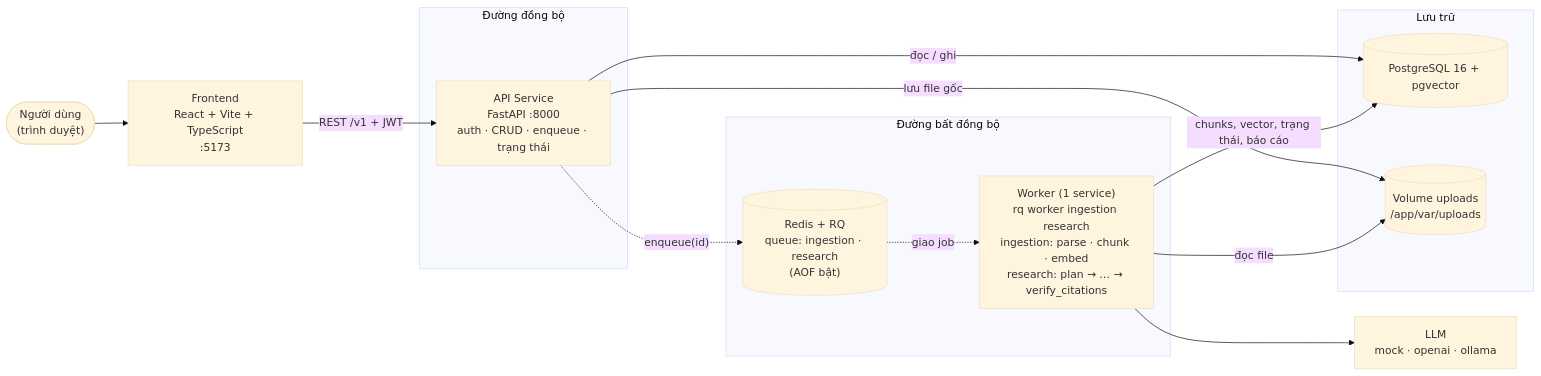
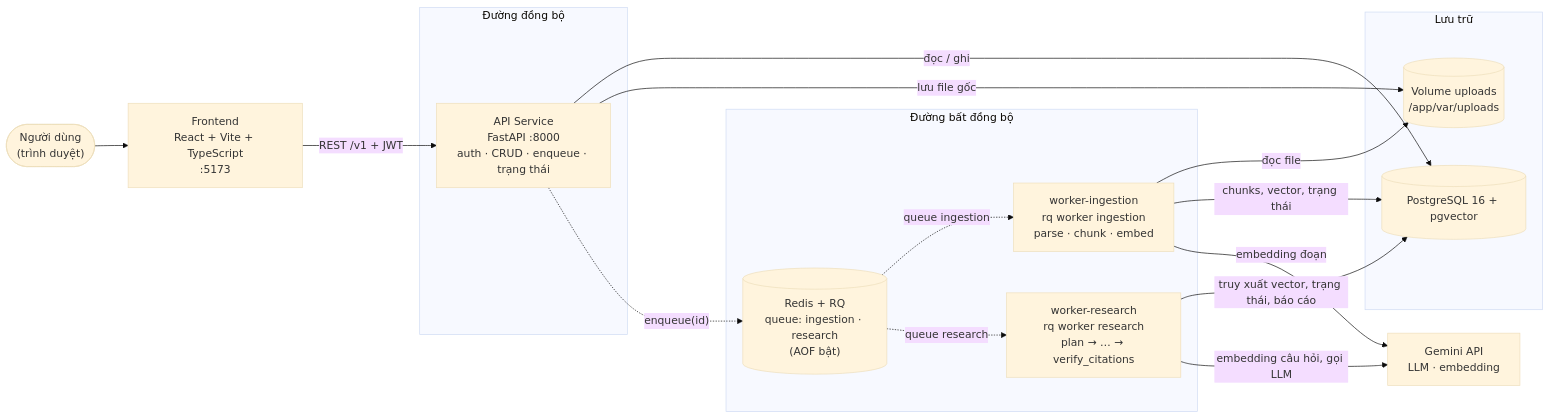
The first of 3 diagrams in enterprise-research-agent/docs/DESIGN.md (mliotlab/task_grp_intern261), drawn with Mermaid (base theme) before and after one commit. The commit also changed other lines of this file and 1 other file, not shown here.

Commit message:
docs(era): ERA-7 update system architecture and database ERD

````diff
--- a/enterprise-research-agent/docs/DESIGN.md
+++ b/enterprise-research-agent/docs/DESIGN.md
@@ -27,31 +27,35 @@
 ```mermaid
 flowchart LR
     user(["Người dùng<br/>(trình duyệt)"])
     fe["Frontend<br/>React + Vite + TypeScript<br/>:5173"]
 
     subgraph sync["Đường đồng bộ"]
         api["API Service<br/>FastAPI :8000<br/>auth · CRUD · enqueue · trạng thái"]
     end
 
     subgraph async["Đường bất đồng bộ"]
         q[("Redis + RQ<br/>queue: ingestion · research<br/>(AOF bật)")]
-        w["Worker (1 service)<br/>rq worker ingestion research<br/>ingestion: parse · chunk · embed<br/>research: plan → … → verify_citations"]
+        wi["worker-ingestion<br/>rq worker ingestion<br/>parse · chunk · embed"]
+        wr["worker-research<br/>rq worker research<br/>plan → … → verify_citations"]
     end
 
     subgraph store["Lưu trữ"]
         pg[("PostgreSQL 16 + pgvector")]
         fs[("Volume uploads<br/>/app/var/uploads")]
     end
 
-    llm["LLM<br/>mock · openai · ollama"]
+    llm["Gemini API<br/>LLM · embedding"]
 
     user --> fe
     fe -->|"REST /v1 + JWT"| api
     api -->|"đọc / ghi"| pg
     api -->|"lưu file gốc"| fs
     api -.->|"enqueue(id)"| q
-    q -.->|"giao job"| w
-    w -->|"đọc file"| fs
-    w -->|"chunks, vector, trạng thái, báo cáo"| pg
-    w --> llm
+    q -.->|"queue ingestion"| wi
+    q -.->|"queue research"| wr
+    wi -->|"đọc file"| fs
+    wi -->|"chunks, vector, trạng thái"| pg
+    wr -->|"truy xuất vector, trạng thái, báo cáo"| pg
+    wi -->|"embedding đoạn"| llm
+    wr -->|"embedding câu hỏi, gọi LLM"| llm
 ```
````
